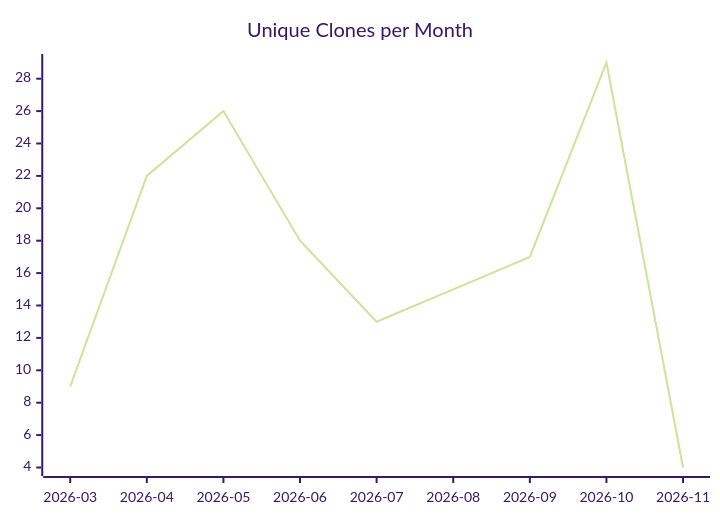
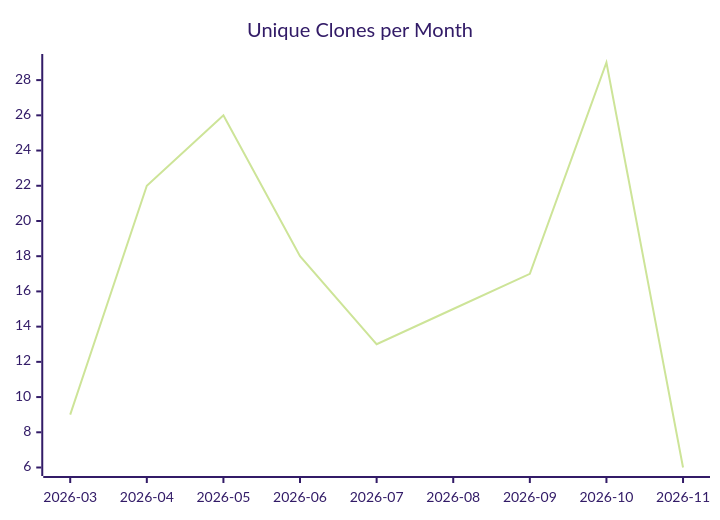
One commit to justdavis-family/github-analytics-data changed the third of 3 diagrams in karlmdavis/lego-ev3dev-rs/README.md. Above: the diagram before and after it, drawn with Mermaid (forest theme). The commit also changed other lines of this file and 193 other files, not shown here.

````diff
--- a/karlmdavis/lego-ev3dev-rs/README.md
+++ b/karlmdavis/lego-ev3dev-rs/README.md
@@ -19,6 +19,6 @@
 ```mermaid
 xychart-beta
   title "Unique Clones per Month"
   x-axis ["2026-03", "2026-04", "2026-05", "2026-06", "2026-07", "2026-08", "2026-09", "2026-10", "2026-11"]
-  line [9, 22, 26, 18, 13, 15, 17, 29, 4]
+  line [9, 22, 26, 18, 13, 15, 17, 29, 6]
 ```
````
